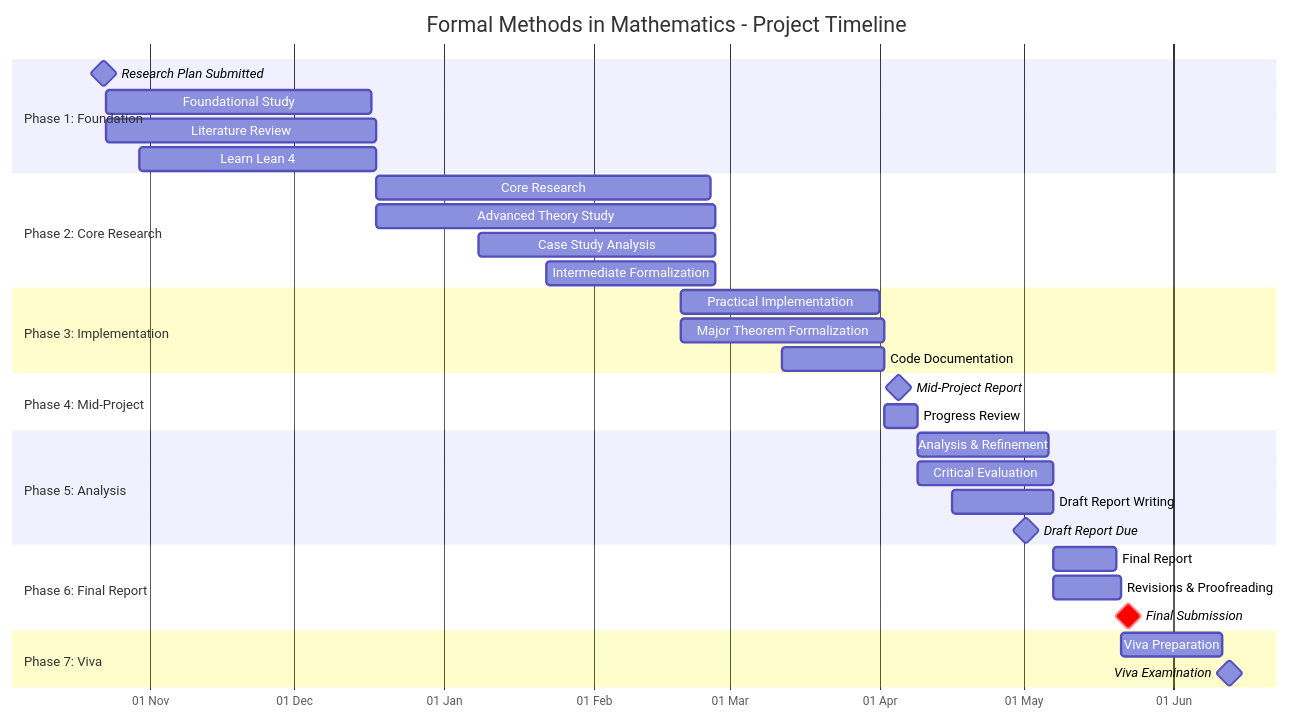
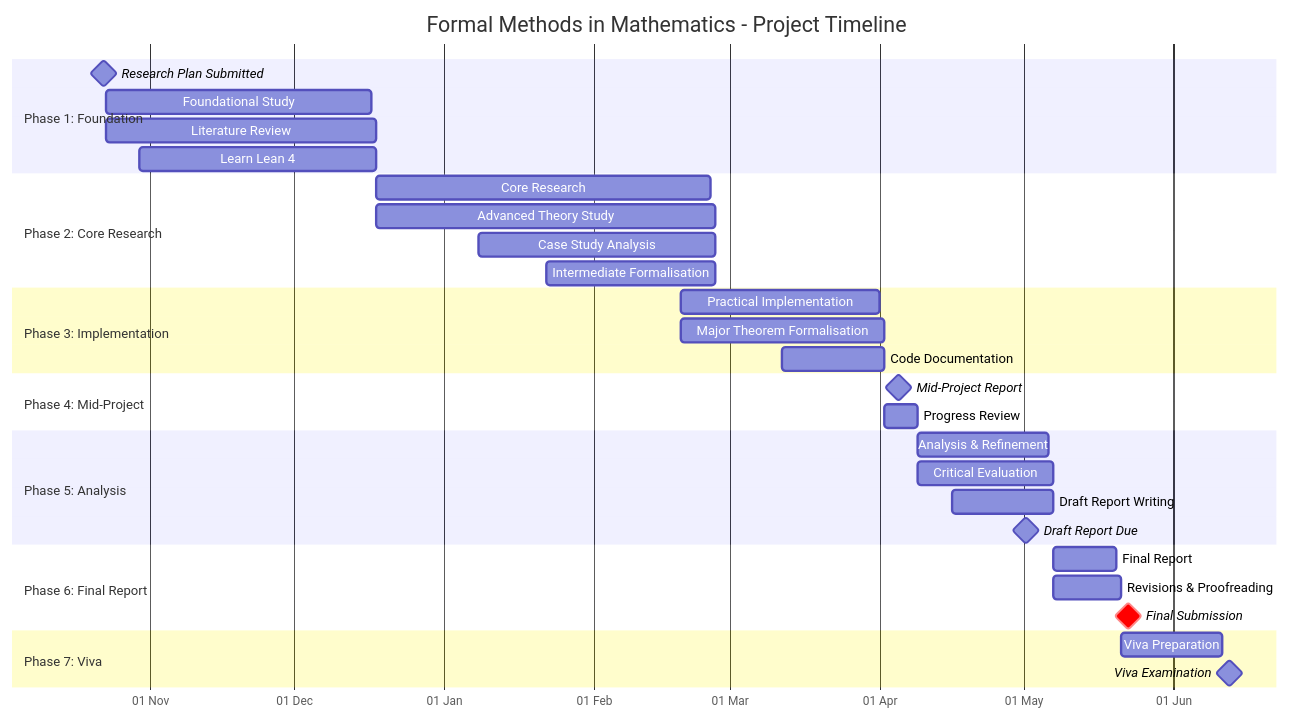
One commit to unkokaeru/kintsugi-zuihitsu changed the diagram in clear/project/omoikane/mth3011/Research Plan.md. Above: the diagram before and after it, drawn with Mermaid. The commit also changed 3 other files, not shown here.

````diff
--- a/clear/project/omoikane/mth3011/Research Plan.md
+++ b/clear/project/omoikane/mth3011/Research Plan.md
@@ -91,42 +91,42 @@
 ```mermaid
 gantt
     title Formal Methods in Mathematics - Project Timeline
     dateFormat YYYY-MM-DD
     axisFormat %d %b
     
     section Phase 1: Foundation
     Research Plan Submitted      :milestone, plan, 2025-10-22, 1d
     Foundational Study           :foundation, 2025-10-23, 2025-12-17
     Literature Review            :lit1, 2025-10-23, 56d
     Learn Lean 4                 :lean1, 2025-10-30, 49d
     
     section Phase 2: Core Research
     Core Research                :core, 2025-12-18, 2026-02-25
     Advanced Theory Study        :theory, 2025-12-18, 70d
     Case Study Analysis          :cases, 2026-01-08, 49d
-    Intermediate Formalization   :form1, 2026-01-22, 35d
+    Intermediate Formalisation   :form1, 2026-01-22, 35d
     
     section Phase 3: Implementation
     Practical Implementation     :impl, 2026-02-19, 2026-04-01
-    Major Theorem Formalization  :theorem, 2026-02-19, 42d
+    Major Theorem Formalisation  :theorem, 2026-02-19, 42d
     Code Documentation           :doc1, 2026-03-12, 21d
     
     section Phase 4: Mid-Project
     Mid-Project Report           :milestone, mid, 2026-04-02, 2026-04-08
     Progress Review              :review, 2026-04-02, 7d
     
     section Phase 5: Analysis
     Analysis & Refinement        :analysis, 2026-04-09, 2026-05-06
     Critical Evaluation          :eval, 2026-04-09, 28d
     Draft Report Writing         :draft, 2026-04-16, 21d
     Draft Report Due             :milestone, draft_due, 2026-05-01, 1d
     
     section Phase 6: Final Report
     Final Report                 :final, 2026-05-07, 2026-05-20
     Revisions & Proofreading     :revise, 2026-05-07, 14d
     Final Submission             :crit, milestone, submit, 2026-05-22, 1d
     
     section Phase 7: Viva
     Viva Preparation             :viva_prep, 2026-05-21, 2026-06-11
     Viva Examination             :milestone, viva, 2026-06-12, 1d
 ```
````
